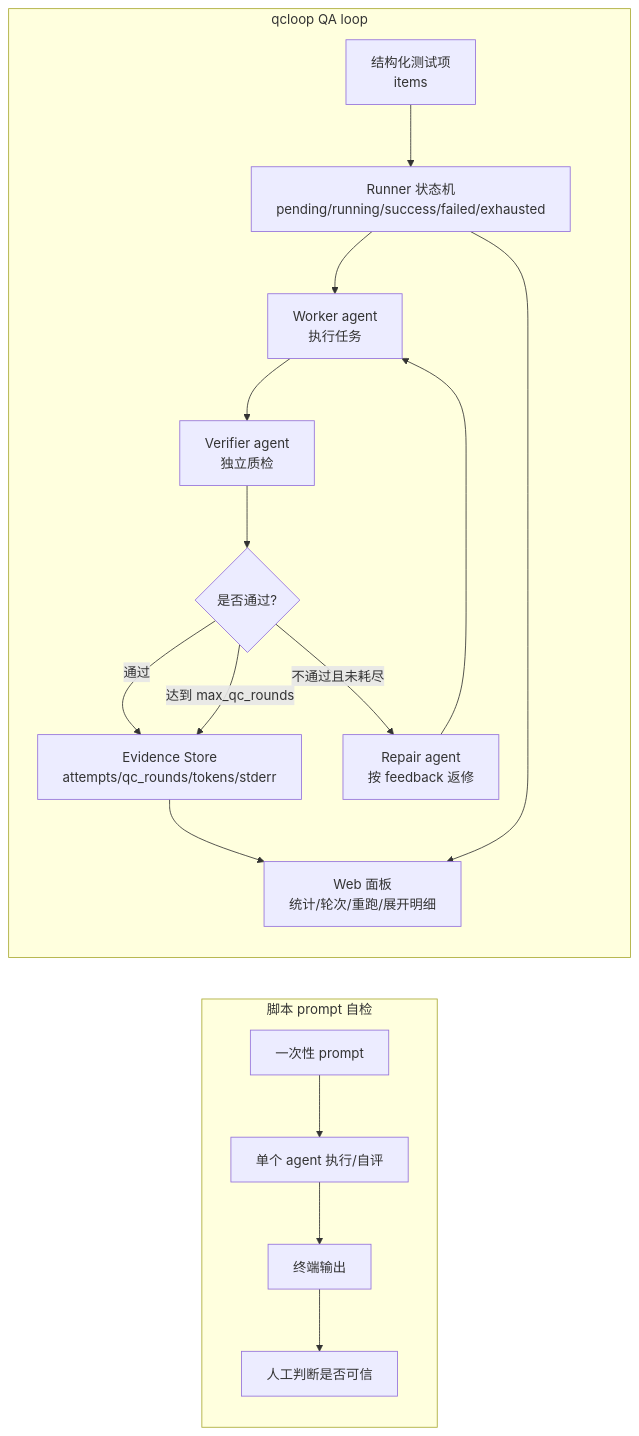
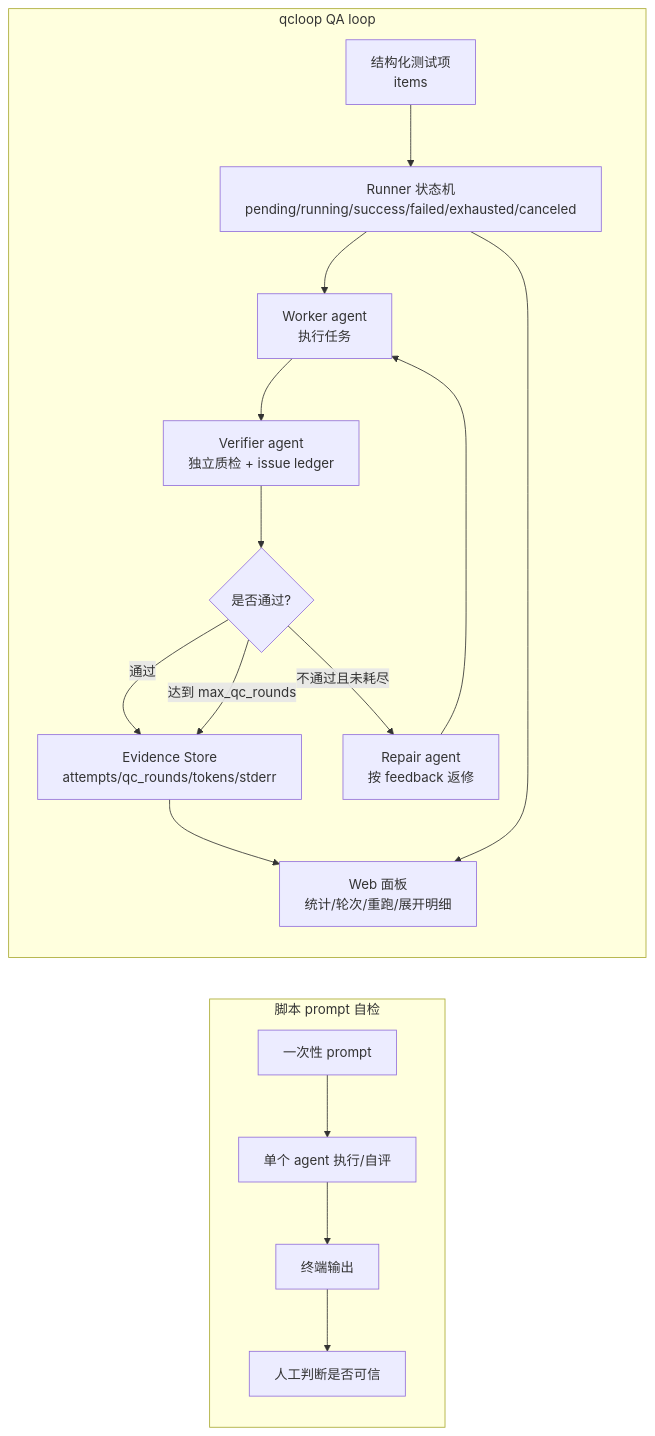
Before and after one commit to limecloud/qcloop: the diagram in README.md, drawn with Mermaid. The commit also changed other lines of this file and 35 other files, not shown here.

````diff
--- a/README.md
+++ b/README.md
@@ -79,28 +86,28 @@
 ```mermaid
 flowchart LR
   subgraph Script["脚本 prompt 自检"]
     S1["一次性 prompt"]
     S2["单个 agent 执行/自评"]
     S3["终端输出"]
     S4["人工判断是否可信"]
     S1 --> S2 --> S3 --> S4
   end
 
   subgraph QCLoop["qcloop QA loop"]
     Q1["结构化测试项<br/>items"]
-    Q2["Runner 状态机<br/>pending/running/success/failed/exhausted"]
+    Q2["Runner 状态机<br/>pending/running/success/failed/exhausted/canceled"]
     Q3["Worker agent<br/>执行任务"]
-    Q4["Verifier agent<br/>独立质检"]
+    Q4["Verifier agent<br/>独立质检 + issue ledger"]
     Q5{"是否通过?"}
     Q6["Repair agent<br/>按 feedback 返修"]
     Q7["Evidence Store<br/>attempts/qc_rounds/tokens/stderr"]
     Q8["Web 面板<br/>统计/轮次/重跑/展开明细"]
 
     Q1 --> Q2 --> Q3 --> Q4 --> Q5
     Q5 -- "通过" --> Q7
     Q5 -- "不通过且未耗尽" --> Q6 --> Q3
     Q5 -- "达到 max_qc_rounds" --> Q7
     Q7 --> Q8
     Q2 --> Q8
   end
 ```
````
